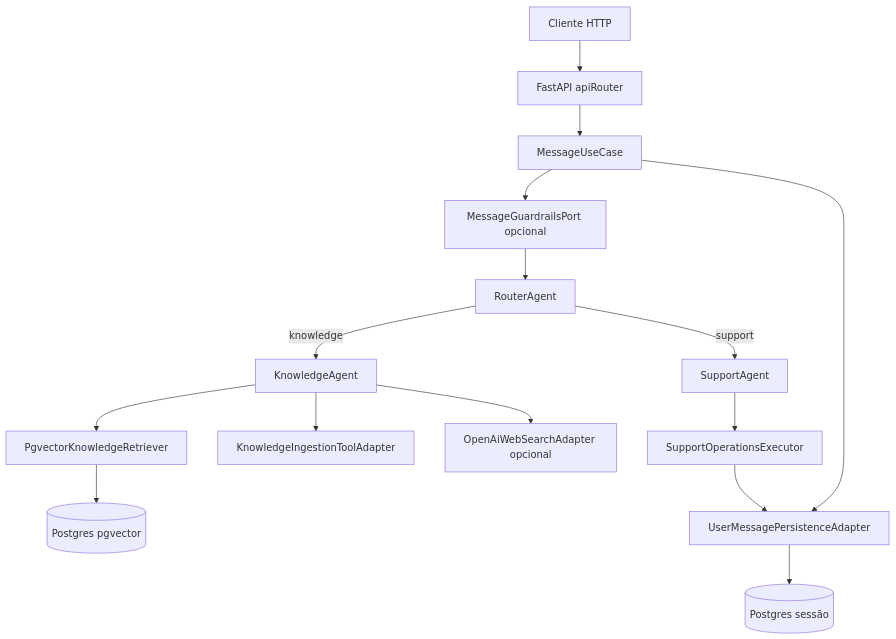
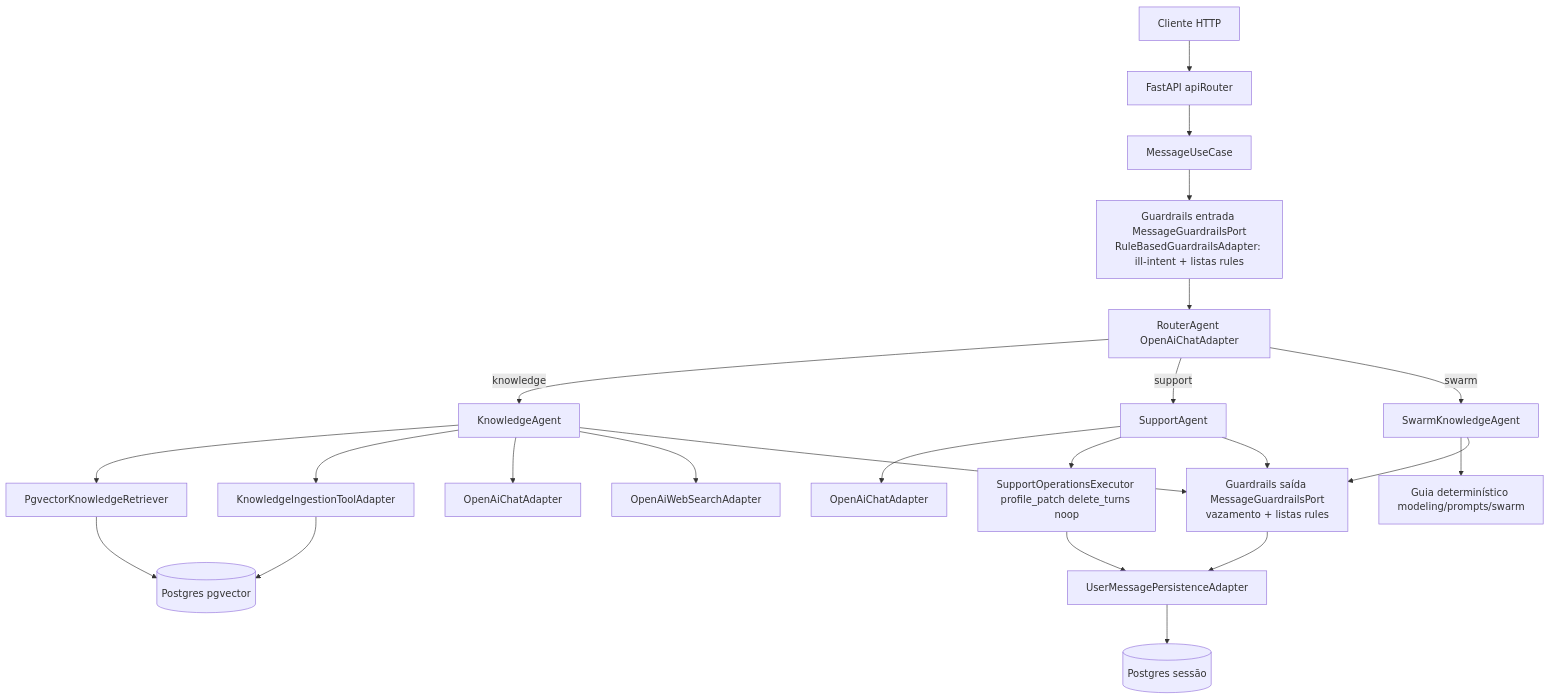
The diagram in README.md (P-ASilva/Agent-Swarm-Backend), drawn with Mermaid before and after one commit. The commit also changed other lines of this file and 1 other file, not shown here.

Commit message:
docs(readme): mermaid swarm path and mandatory guardrails

````diff
--- a/README.md
+++ b/README.md
@@ -7,17 +7,35 @@
 ```mermaid
 flowchart TD
   Client[Cliente HTTP] --> API[FastAPI apiRouter]
   API --> UC[MessageUseCase]
-  UC --> GR[MessageGuardrailsPort opcional]
-  GR --> R[RouterAgent]
+
+  UC --> GRin["Guardrails entrada MessageGuardrailsPort<br/>RuleBasedGuardrailsAdapter: ill-intent + listas rules"]
+  GRin --> R[RouterAgent OpenAiChatAdapter]
+
   R -->|knowledge| K[KnowledgeAgent]
   R -->|support| S[SupportAgent]
+  R -->|swarm| SW[SwarmKnowledgeAgent]
+
   K --> RET[PgvectorKnowledgeRetriever]
   K --> ING[KnowledgeIngestionToolAdapter]
-  K --> WEB[OpenAiWebSearchAdapter opcional]
-  S --> EX[SupportOperationsExecutor]
+  K --> KCHAT[OpenAiChatAdapter]
+  K --> WEB[OpenAiWebSearchAdapter]
+
+  S --> SCHAT[OpenAiChatAdapter]
+  S --> EX["SupportOperationsExecutor profile_patch delete_turns noop"]
+
+  SW --> SWP["Guia determinístico modeling/prompts/swarm"]
+
+  RET --> RAG[(Postgres pgvector)]
+  ING --> RAG
+
   EX --> PERM[UserMessagePersistenceAdapter]
-  UC --> PERM
-  RET --> RAG[(Postgres pgvector)]
+
+  K --> GRout["Guardrails saída MessageGuardrailsPort<br/>vazamento + listas rules"]
+  S --> GRout
+  SW --> GRout
+
+  GRout --> PERM
+
   PERM --> SESS[(Postgres sessão)]
 ```
````
